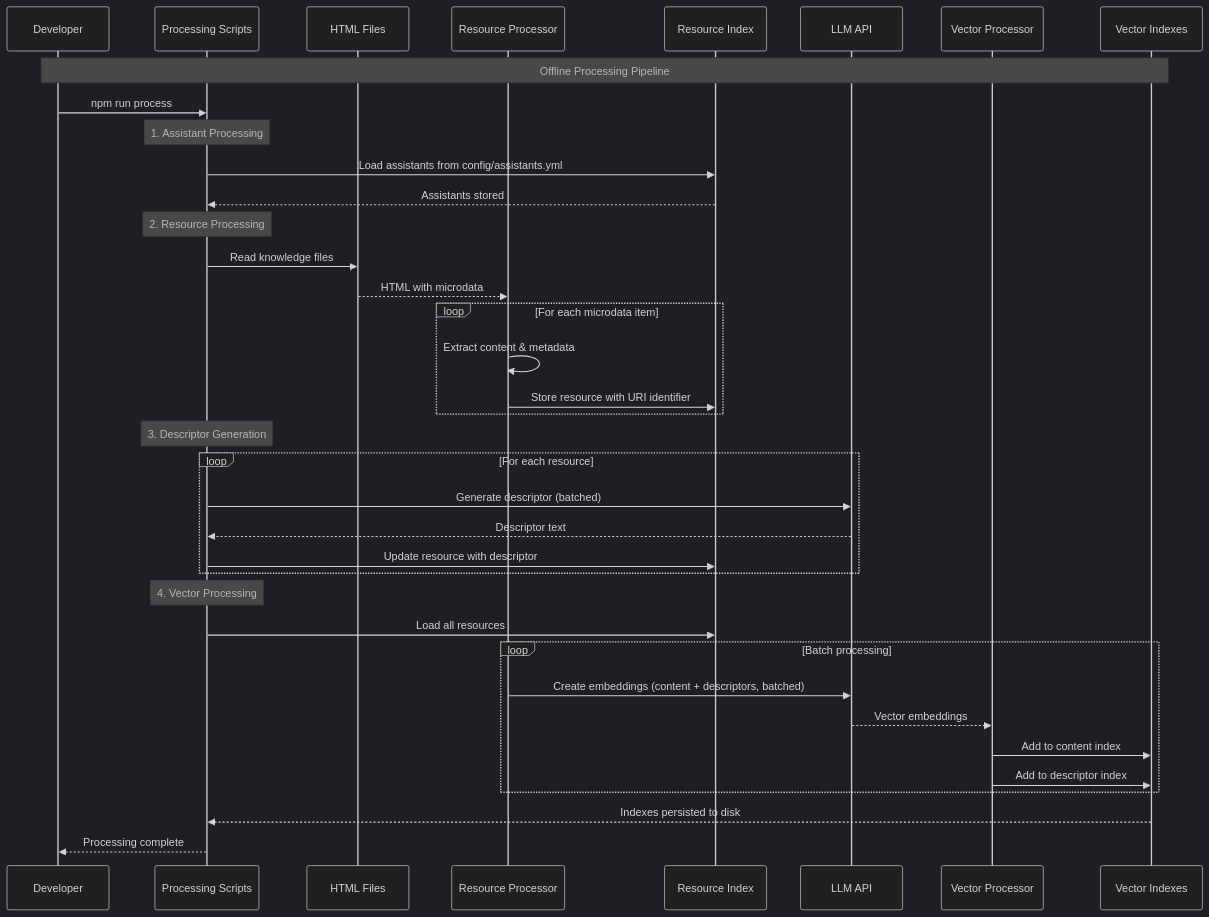
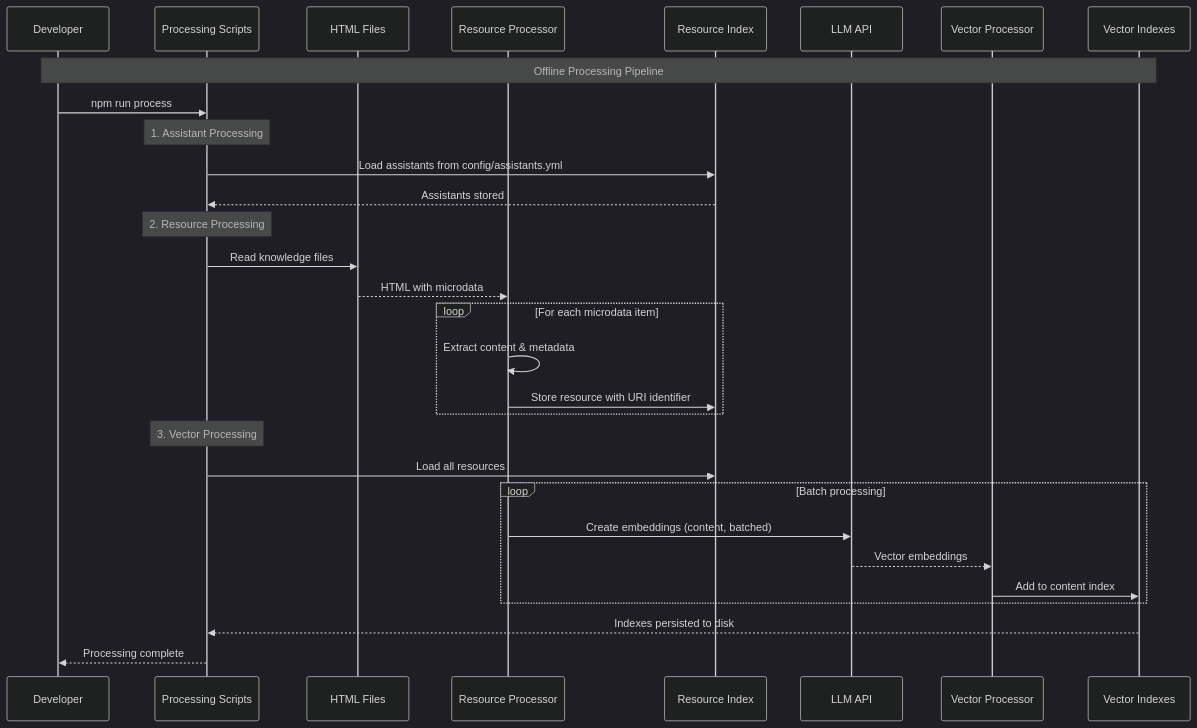
One commit to copilot-ld/copilot-ld changed the second of 3 diagrams in docs/architecture.md. Above: the diagram before and after it, drawn with Mermaid (dark theme). The commit also changed other lines of this file and 47 other files, not shown here.

````diff
--- a/docs/architecture.md
+++ b/docs/architecture.md
@@ -171,48 +171,40 @@
 ```mermaid
 sequenceDiagram
     participant Dev as Developer
     participant Scripts as Processing Scripts
     participant HTML as HTML Files
     participant ResourceProc as Resource Processor
     participant ResourceIndex as Resource Index
     participant LLM as LLM API
     participant VectorProc as Vector Processor
     participant VectorIndex as Vector Indexes
 
     Note over Dev,VectorIndex: Offline Processing Pipeline
 
     Dev->>Scripts: npm run process
 
     Note over Scripts: 1. Assistant Processing
     Scripts->>ResourceIndex: Load assistants from config/assistants.yml
     ResourceIndex-->>Scripts: Assistants stored
 
     Note over Scripts: 2. Resource Processing
     Scripts->>HTML: Read knowledge files
     HTML-->>ResourceProc: HTML with microdata
 
     loop For each microdata item
         ResourceProc->>ResourceProc: Extract content & metadata
         ResourceProc->>ResourceIndex: Store resource with URI identifier
     end
 
-    Note over Scripts: 3. Descriptor Generation
-    loop For each resource
-        Scripts->>LLM: Generate descriptor (batched)
-        LLM-->>Scripts: Descriptor text
-        Scripts->>ResourceIndex: Update resource with descriptor
-    end
-
-    Note over Scripts: 4. Vector Processing
+    Note over Scripts: 3. Vector Processing
     Scripts->>ResourceIndex: Load all resources
 
     loop Batch processing
-        ResourceProc->>LLM: Create embeddings (content + descriptors, batched)
+        ResourceProc->>LLM: Create embeddings (content, batched)
         LLM-->>VectorProc: Vector embeddings
         VectorProc->>VectorIndex: Add to content index
-        VectorProc->>VectorIndex: Add to descriptor index
     end
 
     VectorIndex-->>Scripts: Indexes persisted to disk
     Scripts-->>Dev: Processing complete
 ```
````
